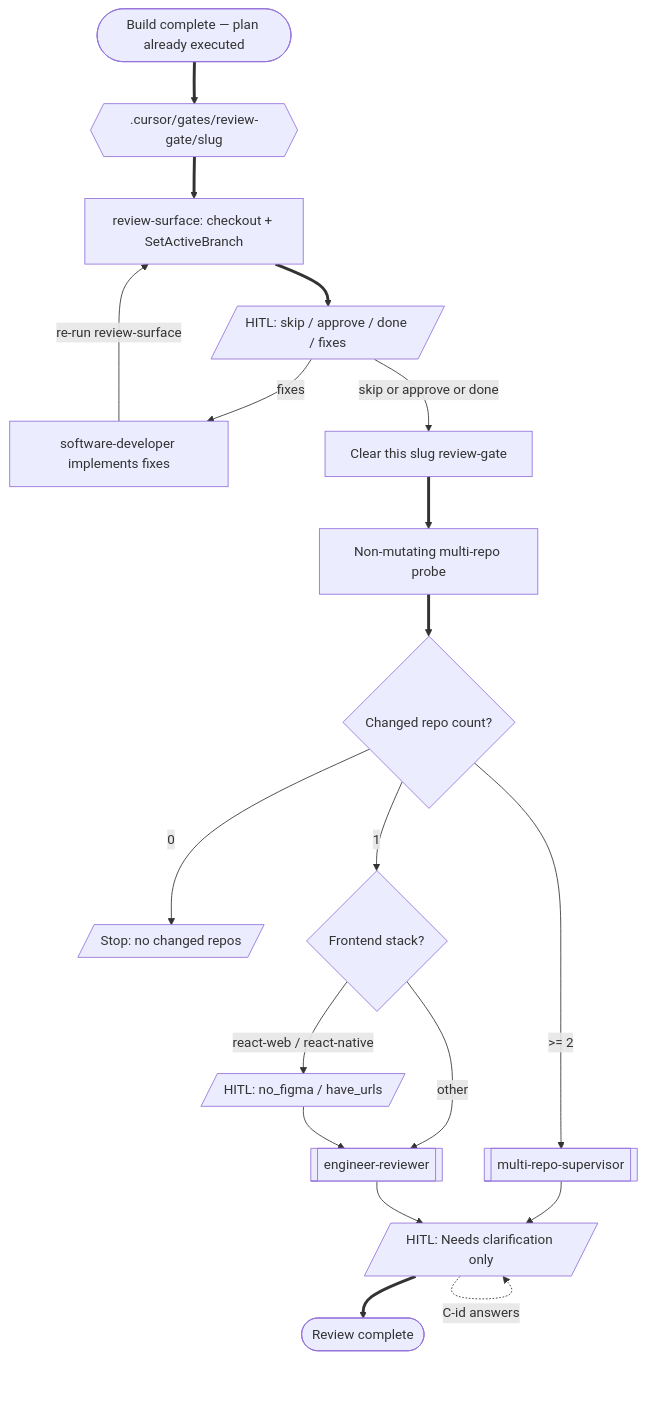
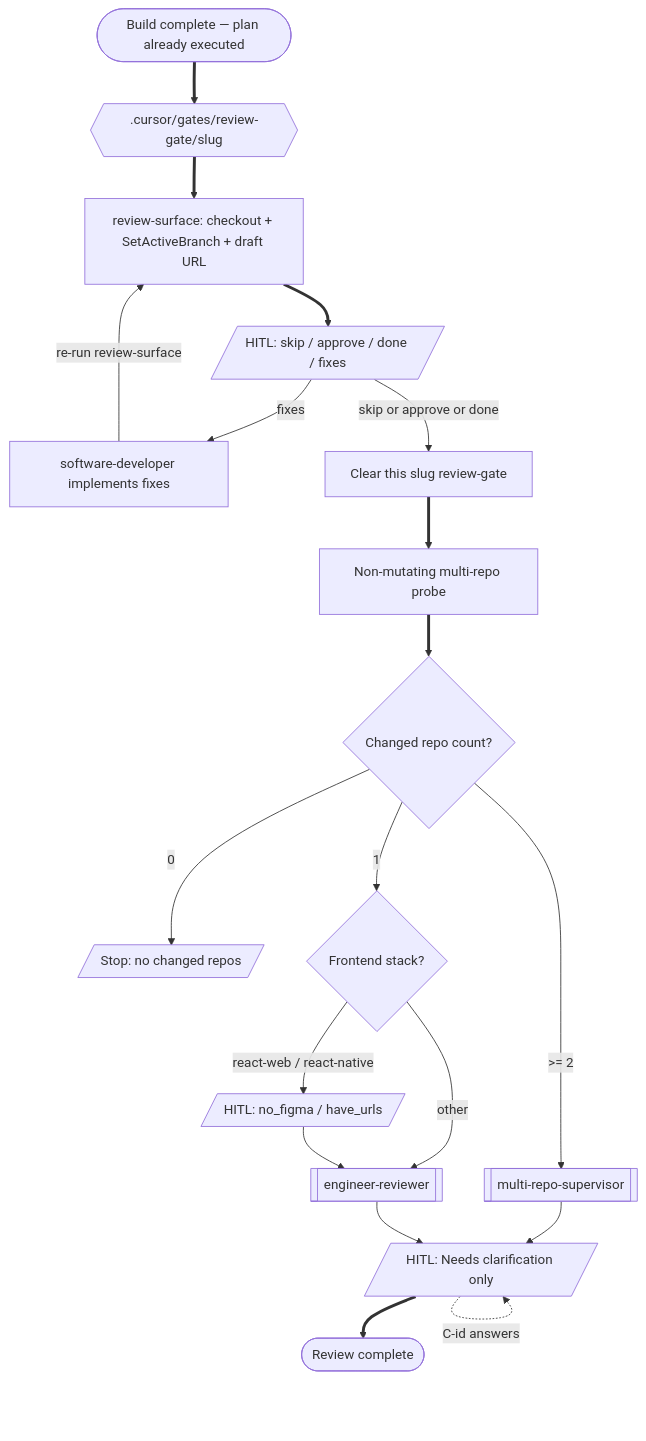
One commit to a-trembak/cursor-spells changed the sixth of 13 diagrams in docs/superpowers/pipeline-flow.md. Above: the diagram before and after it, drawn with Mermaid. The commit also changed other lines of this file and 14 other files, not shown here.

First line of the commit message:
fix(finish-plan): paste a draft URL to open in Cursor

````diff
--- a/docs/superpowers/pipeline-flow.md
+++ b/docs/superpowers/pipeline-flow.md
@@ -291,37 +291,37 @@
 ```mermaid
 flowchart TD
   planDone(["Build complete — plan already executed"])
   writeReview{{".cursor/gates/review-gate/slug"}}
-  surface["review-surface: checkout + SetActiveBranch"]
+  surface["review-surface: checkout + SetActiveBranch + draft URL"]
   hitlFinish[/"HITL: skip / approve / done / fixes"/]
   doFixes["software-developer implements fixes"]
   delReview["Clear this slug review-gate"]
   probe["Non-mutating multi-repo probe"]
   repoCount{Changed repo count?}
   stopZero[/"Stop: no changed repos"/]
   multi[["multi-repo-supervisor"]]
   singleFrontend{Frontend stack?}
   figmaHitl[/"HITL: no_figma / have_urls"/]
   single[["engineer-reviewer"]]
   clarify[/"HITL: Needs clarification only"/]
   reviewed(["Review complete"])
 
   planDone ==> writeReview
   writeReview ==> surface
   surface ==> hitlFinish
   hitlFinish -->|"fixes"| doFixes
   doFixes -->|"re-run review-surface"| surface
   hitlFinish -->|"skip or approve or done"| delReview
   delReview ==> probe
   probe ==> repoCount
   repoCount -->|"0"| stopZero
   repoCount -->|">= 2"| multi
   repoCount -->|"1"| singleFrontend
   singleFrontend -->|"react-web / react-native"| figmaHitl
   singleFrontend -->|"other"| single
   figmaHitl --> single
   multi --> clarify
   single --> clarify
   clarify -.->|"C-id answers"| clarify
   clarify ==> reviewed
 ```
````
